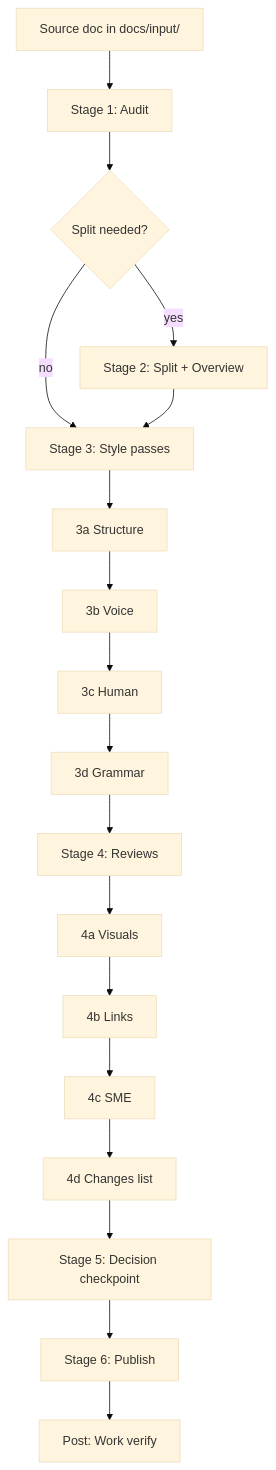
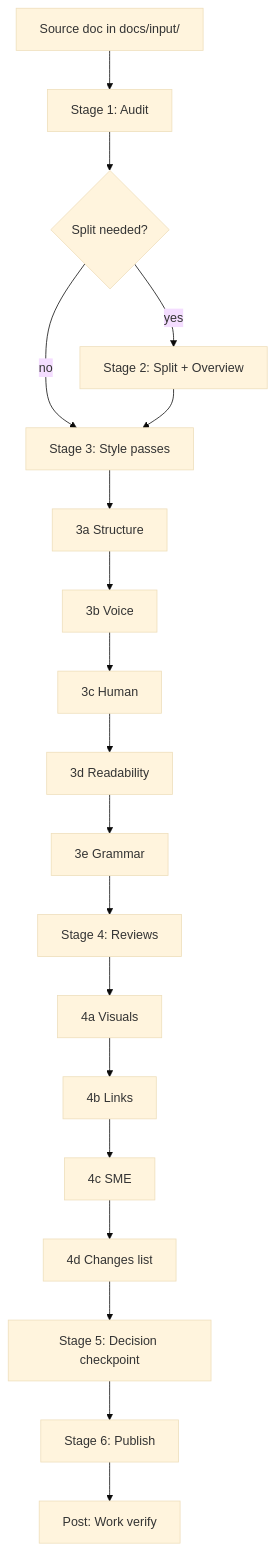
One commit to darthrootbeer/context-engineering-toolkit changed the diagram in pipelines/docs-pipeline/ARCHITECTURE.md. Above: the diagram before and after it, drawn with Mermaid (base theme). The commit also changed other lines of this file and 8 other files, not shown here.

First line of the commit message:
docs(docs-pipeline): add readability stage, first-use check, visual priorities, note pass

````diff
--- a/pipelines/docs-pipeline/ARCHITECTURE.md
+++ b/pipelines/docs-pipeline/ARCHITECTURE.md
@@ -85,20 +86,21 @@
 ```mermaid
 flowchart TD
     A[Source doc in docs/input/] --> B[Stage 1: Audit]
     B --> C{Split needed?}
     C -- yes --> D[Stage 2: Split + Overview]
     C -- no --> E[Stage 3: Style passes]
     D --> E
     E --> E1[3a Structure]
     E1 --> E2[3b Voice]
     E2 --> E3[3c Human]
-    E3 --> E4[3d Grammar]
-    E4 --> F[Stage 4: Reviews]
+    E3 --> E4[3d Readability]
+    E4 --> E5[3e Grammar]
+    E5 --> F[Stage 4: Reviews]
     F --> F1[4a Visuals]
     F1 --> F2[4b Links]
     F2 --> F3[4c SME]
     F3 --> F4[4d Changes list]
     F4 --> G[Stage 5: Decision checkpoint]
     G --> H[Stage 6: Publish]
     H --> I[Post: Work verify]
 ```
````
